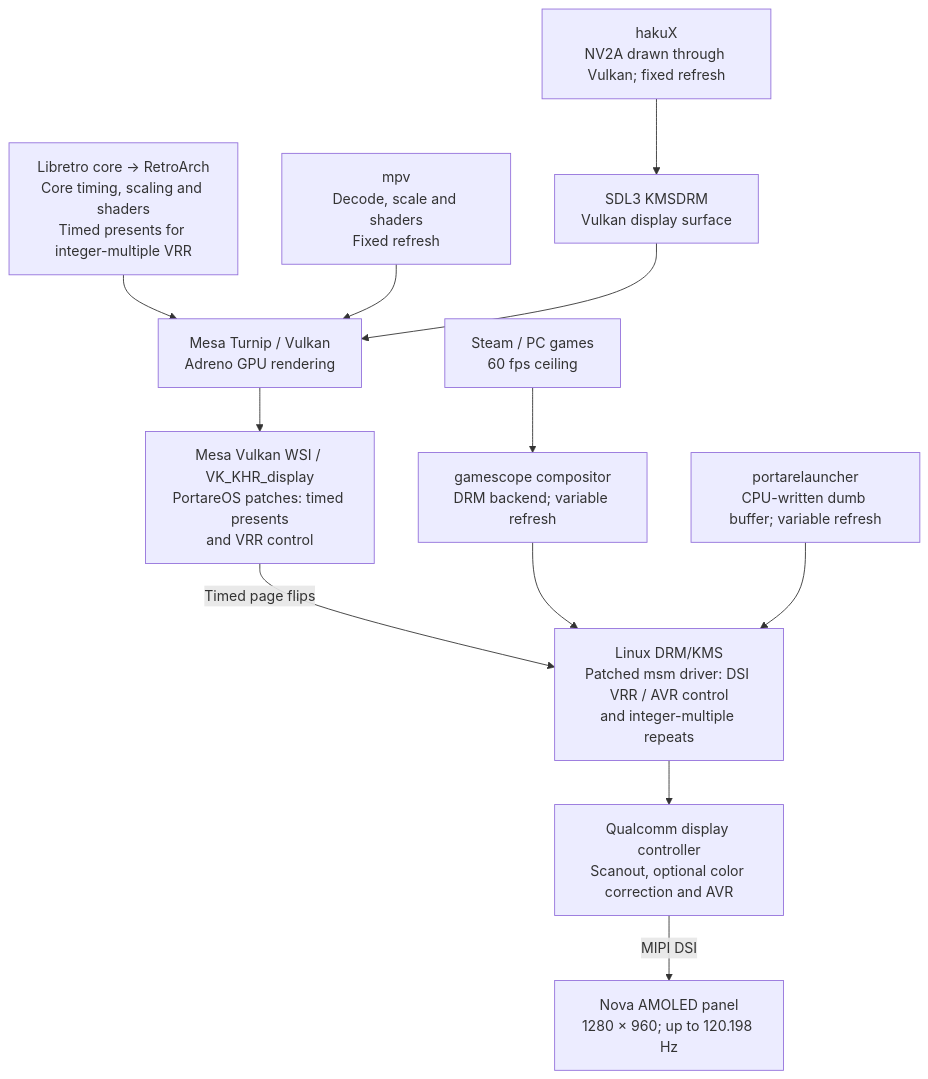
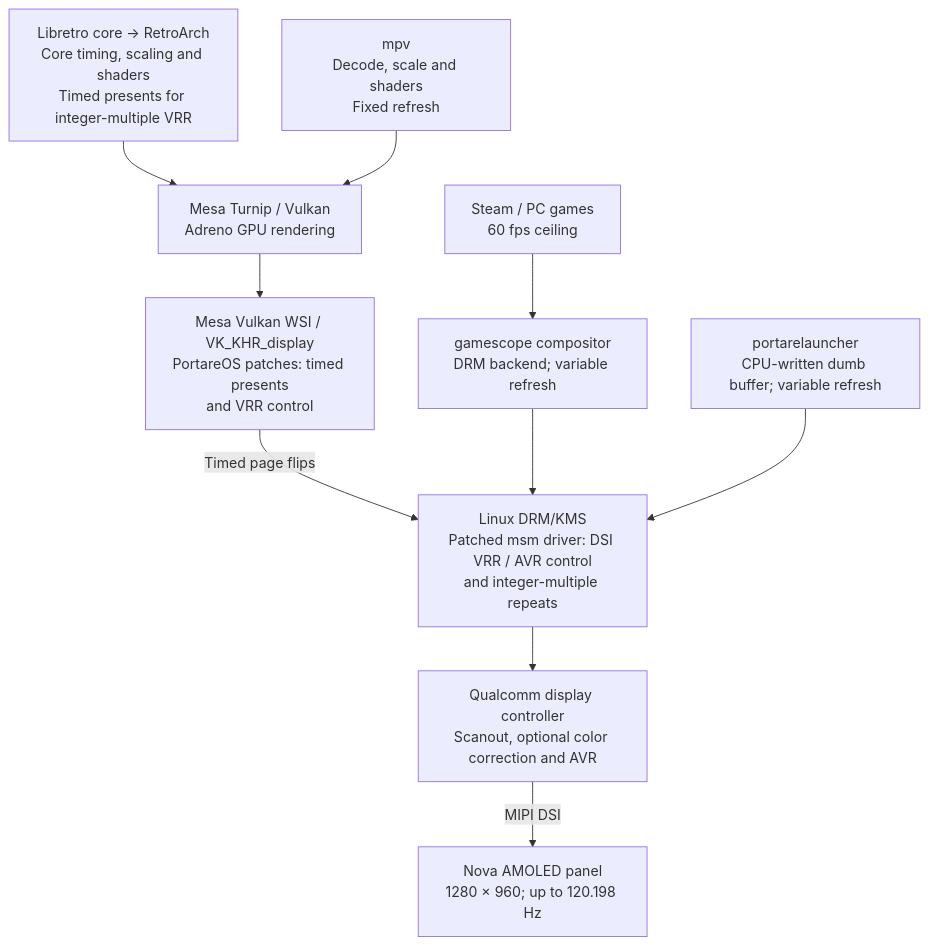
One commit to portare-ch/portareos changed the second of 2 diagrams in README.md. Above: the diagram before and after it, drawn with Mermaid. The commit also changed other lines of this file and 14 other files, not shown here.

````diff
--- a/README.md
+++ b/README.md
@@ -303,14 +303,12 @@
 ```mermaid
 flowchart TD
     RA["Libretro core → RetroArch<br/>Core timing, scaling and shaders<br/>Timed presents for integer-multiple VRR"] --> VK
     MPV["mpv<br/>Decode, scale and shaders<br/>Fixed refresh"] --> VK
-    HAKUX["hakuX<br/>NV2A drawn through Vulkan; fixed refresh"] --> SDL["SDL3 KMSDRM<br/>Vulkan display surface"]
-    SDL --> VK
     VK["Mesa Turnip / Vulkan<br/>Adreno GPU rendering"] --> WSI["Mesa Vulkan WSI / VK_KHR_display<br/>PortareOS patches: timed presents<br/>and VRR control"]
     WSI -->|Timed page flips| KMS
     STEAM["Steam / PC games<br/>60 fps ceiling"] --> GS["gamescope compositor<br/>DRM backend; variable refresh"]
     GS --> KMS
     LAUNCHER["portarelauncher<br/>CPU-written dumb buffer; variable refresh"] --> KMS
     KMS["Linux DRM/KMS<br/>Patched msm driver: DSI VRR / AVR control<br/>and integer-multiple repeats"] --> DPU["Qualcomm display controller<br/>Scanout, optional color correction and AVR"]
     DPU -->|MIPI DSI| PANEL["Nova AMOLED panel<br/>1280 × 960; up to 120.198 Hz"]
 ```
````
